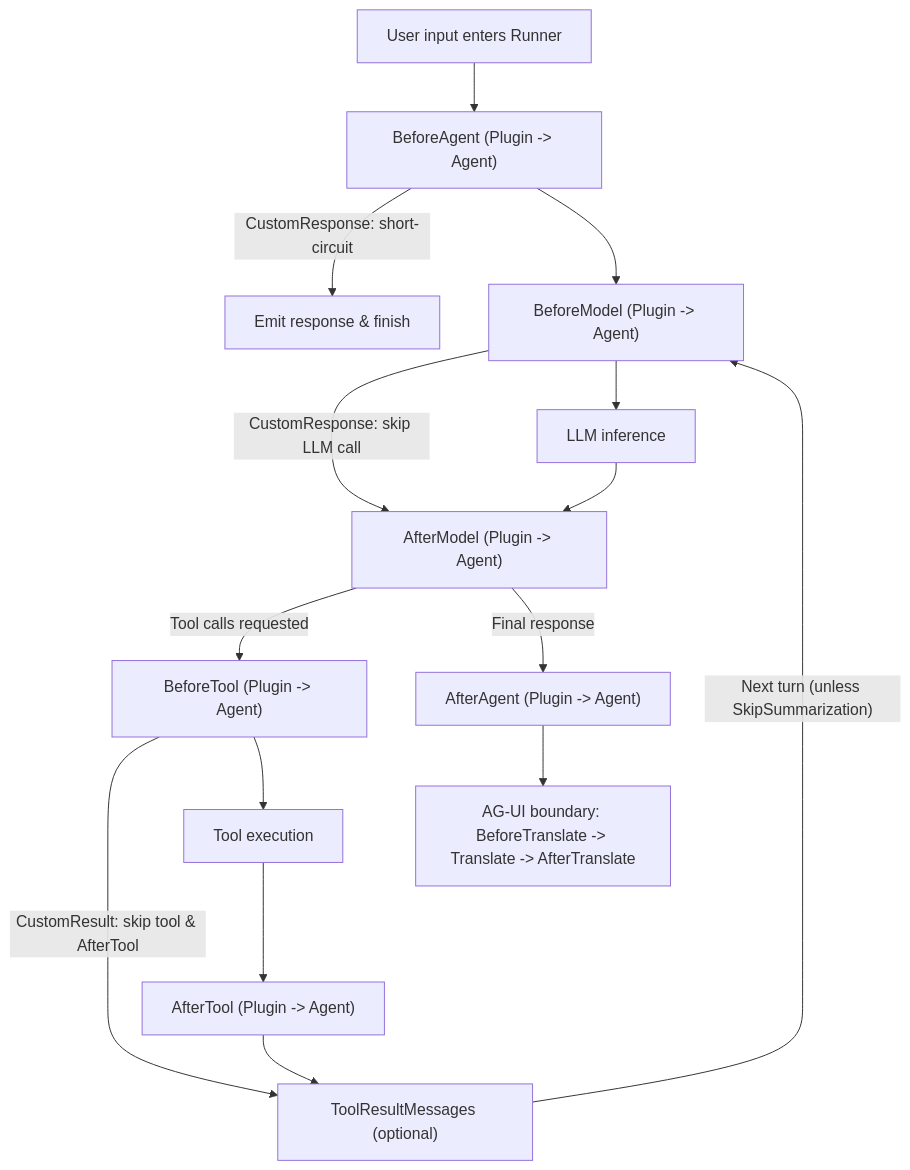
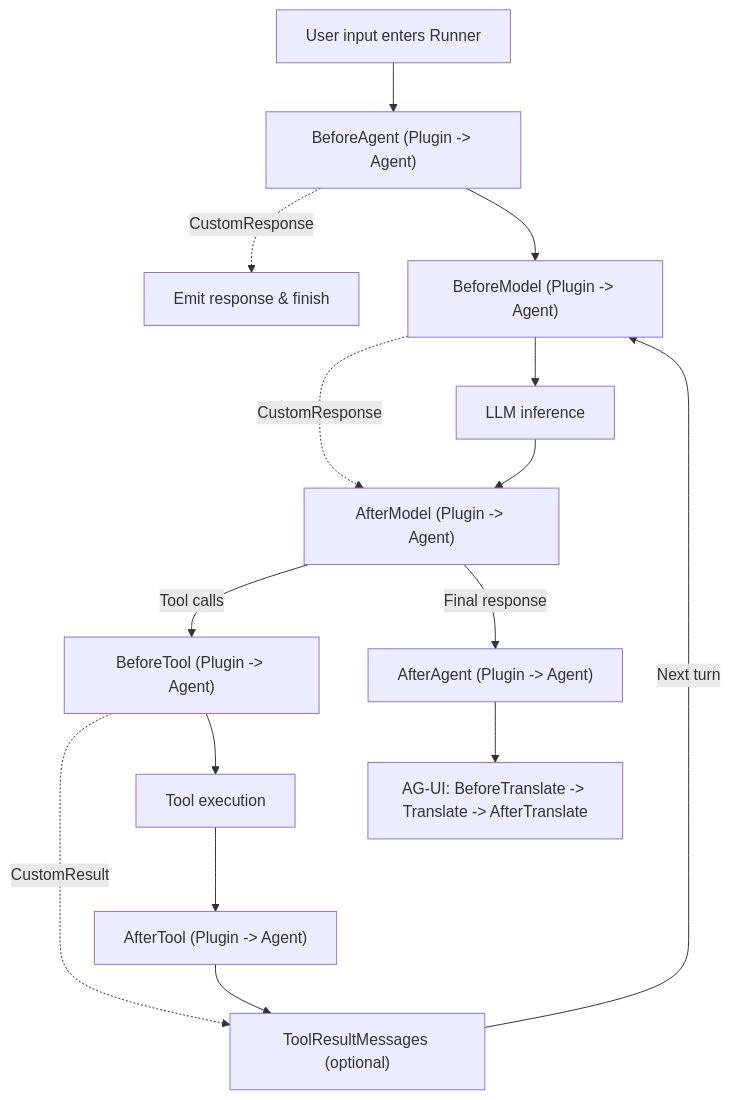
Before and after one commit to trpc-group/trpc-agent-go: the first of 2 diagrams in docs/mkdocs/en/callbacks.md, drawn with Mermaid. The commit also changed other lines of this file and 1 other file, not shown here.

Commit message:
docs(callbacks): shorten lifecycle Mermaid edge labels to avoid CJK clipping

````diff
--- a/docs/mkdocs/en/callbacks.md
+++ b/docs/mkdocs/en/callbacks.md
@@ -30,17 +30,17 @@
 ```mermaid
 flowchart TD
     Req["User input enters Runner"] --> BA["BeforeAgent (Plugin -> Agent)"]
-    BA -- "CustomResponse: short-circuit" --> Done["Emit response & finish"]
+    BA -. "CustomResponse" .-> Done["Emit response & finish"]
     BA --> BM["BeforeModel (Plugin -> Agent)"]
-    BM -- "CustomResponse: skip LLM call" --> AM["AfterModel (Plugin -> Agent)"]
+    BM -. "CustomResponse" .-> AM["AfterModel (Plugin -> Agent)"]
     BM --> LLM["LLM inference"]
     LLM --> AM
-    AM -- "Tool calls requested" --> BT["BeforeTool (Plugin -> Agent)"]
-    BT -- "CustomResult: skip tool & AfterTool" --> TRM["ToolResultMessages (optional)"]
+    AM -- "Tool calls" --> BT["BeforeTool (Plugin -> Agent)"]
+    BT -. "CustomResult" .-> TRM["ToolResultMessages (optional)"]
     BT --> Tool["Tool execution"]
     Tool --> AT["AfterTool (Plugin -> Agent)"]
     AT --> TRM
-    TRM -- "Next turn (unless SkipSummarization)" --> BM
+    TRM -- "Next turn" --> BM
     AM -- "Final response" --> AA["AfterAgent (Plugin -> Agent)"]
-    AA --> TR["AG-UI boundary: BeforeTranslate -> Translate -> AfterTranslate"]
+    AA --> TR["AG-UI: BeforeTranslate -> Translate -> AfterTranslate"]
 ```
````
